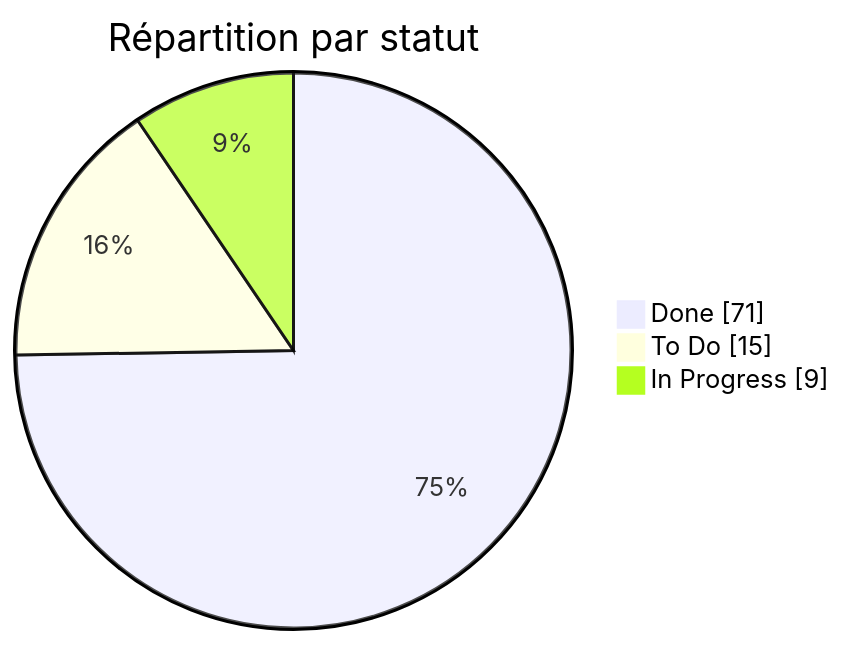
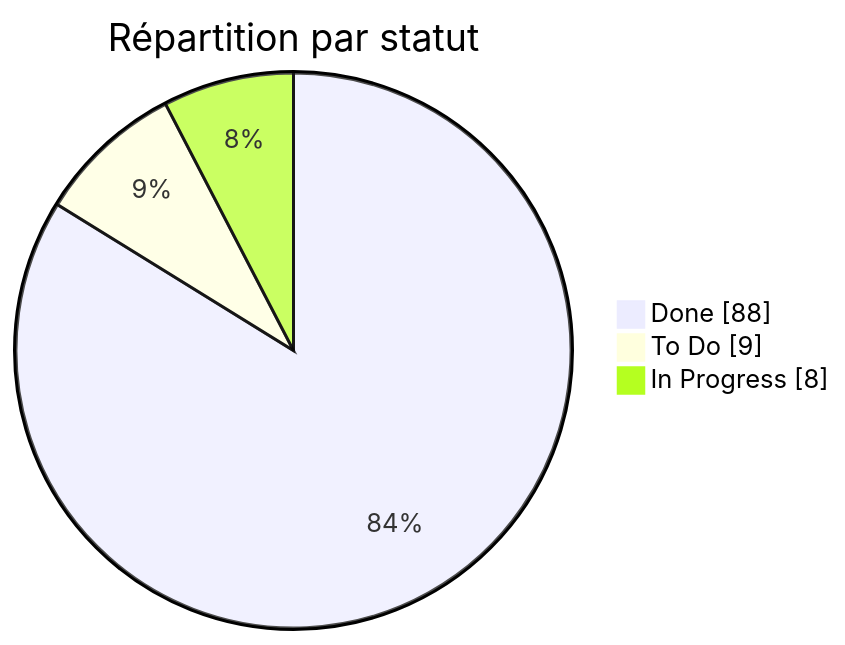
The diagram in docs/ADO_gestion de projet/board_export.md (Groupe30Apocalipssi/IPSSI_APOCAL_KIT), drawn with Mermaid before and after one commit. The commit also changed other lines of this file and 7 other files, not shown here.

````diff
--- a/docs/ADO_gestion de projet/board_export.md
+++ b/docs/ADO_gestion de projet/board_export.md
@@ -22,7 +22,7 @@
 ```mermaid
 pie showData
     title Répartition par statut
-    "Done" : 71
-    "To Do" : 15
-    "In Progress" : 9
+    "Done" : 88
+    "To Do" : 9
+    "In Progress" : 8
 ```
````
